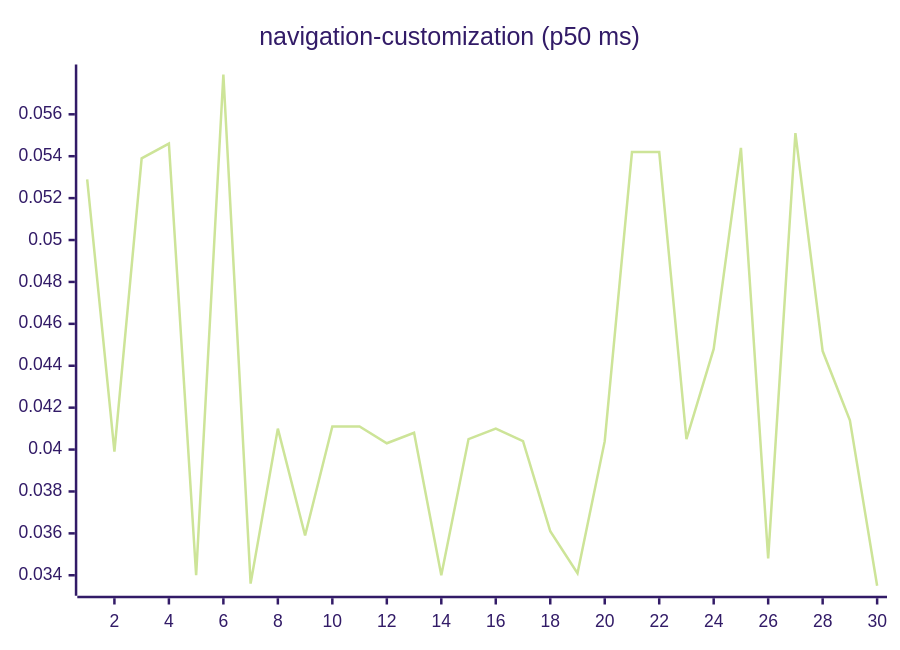
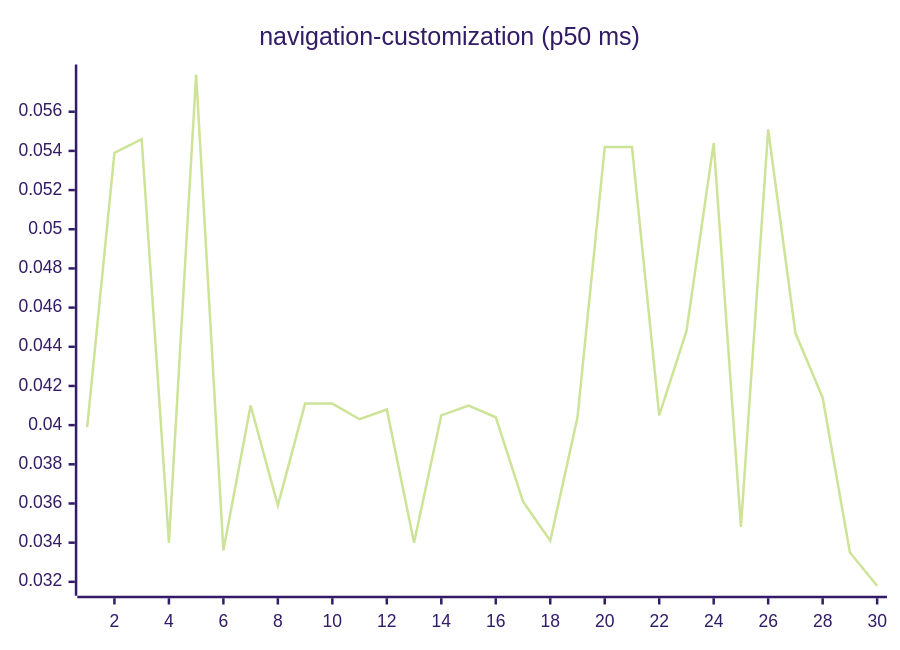
Before and after one commit to josha/Facet: diagram 15 of 27 in README.md, drawn with Mermaid (forest theme). The commit also changed other lines of this file and 2 other files, not shown here.

````diff
--- a/README.md
+++ b/README.md
@@ -161,6 +161,6 @@
 ```mermaid
 xychart-beta
     title "navigation-customization (p50 ms)"
     x-axis 1 --> 30
-    line [0.0529, 0.0399, 0.0539, 0.0546, 0.0340, 0.0579, 0.0336, 0.0410, 0.0359, 0.0411, 0.0411, 0.0403, 0.0408, 0.0340, 0.0405, 0.0410, 0.0404, 0.0361, 0.0341, 0.0404, 0.0542, 0.0542, 0.0405, 0.0448, 0.0544, 0.0348, 0.0551, 0.0447, 0.0414, 0.0335]
+    line [0.0399, 0.0539, 0.0546, 0.0340, 0.0579, 0.0336, 0.0410, 0.0359, 0.0411, 0.0411, 0.0403, 0.0408, 0.0340, 0.0405, 0.0410, 0.0404, 0.0361, 0.0341, 0.0404, 0.0542, 0.0542, 0.0405, 0.0448, 0.0544, 0.0348, 0.0551, 0.0447, 0.0414, 0.0335, 0.0318]
 ```
````
